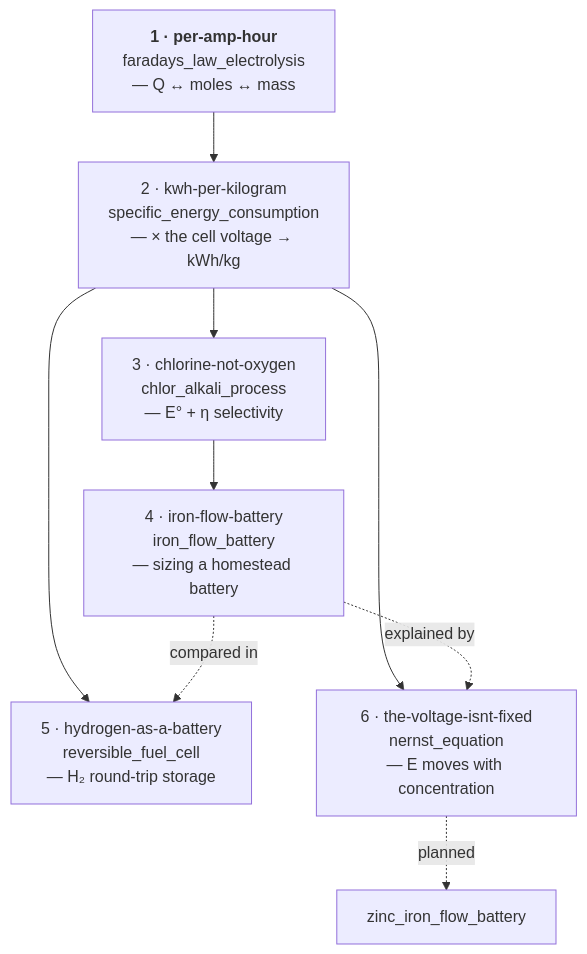
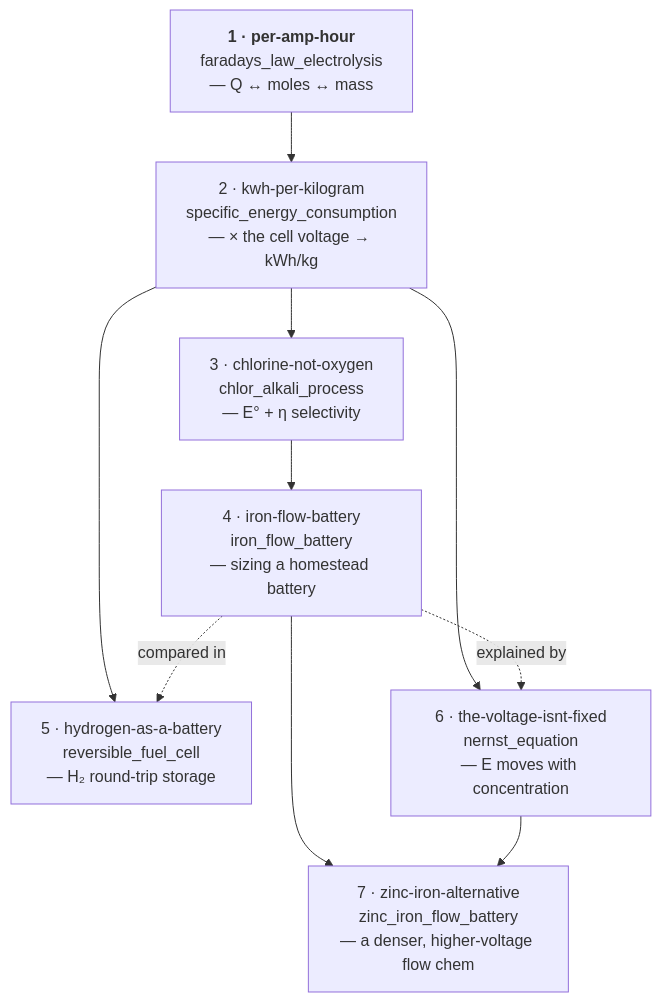
The diagram in skills/chemistry-electrochemistry/tutorial/README.md (sj4nes/clanker-tools), drawn with Mermaid before and after one commit. The commit also changed other lines of this file and 5 other files, not shown here.

````diff
--- a/skills/chemistry-electrochemistry/tutorial/README.md
+++ b/skills/chemistry-electrochemistry/tutorial/README.md
@@ -16,15 +16,17 @@
 ```mermaid
 flowchart TD
     T1["<b>1 · per-amp-hour</b><br/>faradays_law_electrolysis<br/>— Q ↔ moles ↔ mass"]
     T2["2 · kwh-per-kilogram<br/>specific_energy_consumption<br/>— × the cell voltage → kWh/kg"]
     T3["3 · chlorine-not-oxygen<br/>chlor_alkali_process<br/>— E° + η selectivity"]
     T4["4 · iron-flow-battery<br/>iron_flow_battery<br/>— sizing a homestead battery"]
     T5["5 · hydrogen-as-a-battery<br/>reversible_fuel_cell<br/>— H₂ round-trip storage"]
     T6["6 · the-voltage-isnt-fixed<br/>nernst_equation<br/>— E moves with concentration"]
+    T7["7 · zinc-iron-alternative<br/>zinc_iron_flow_battery<br/>— a denser, higher-voltage flow chem"]
     T1 --> T2 --> T3 --> T4
     T2 --> T5
     T2 --> T6
+    T4 --> T7
+    T6 --> T7
     T4 -.compared in.-> T5
     T4 -.explained by.-> T6
-    T6 -.planned.-> T7["zinc_iron_flow_battery"]
 ```
````
